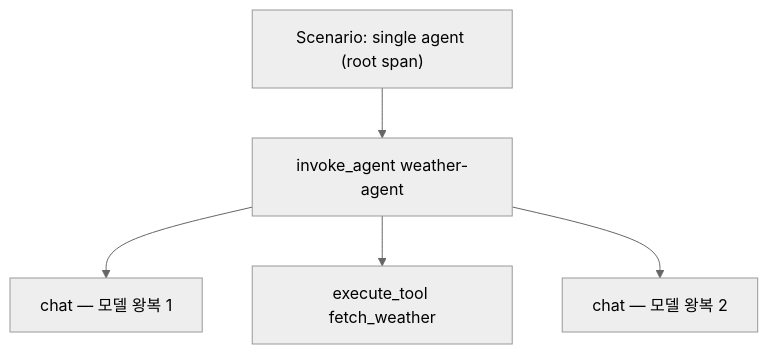
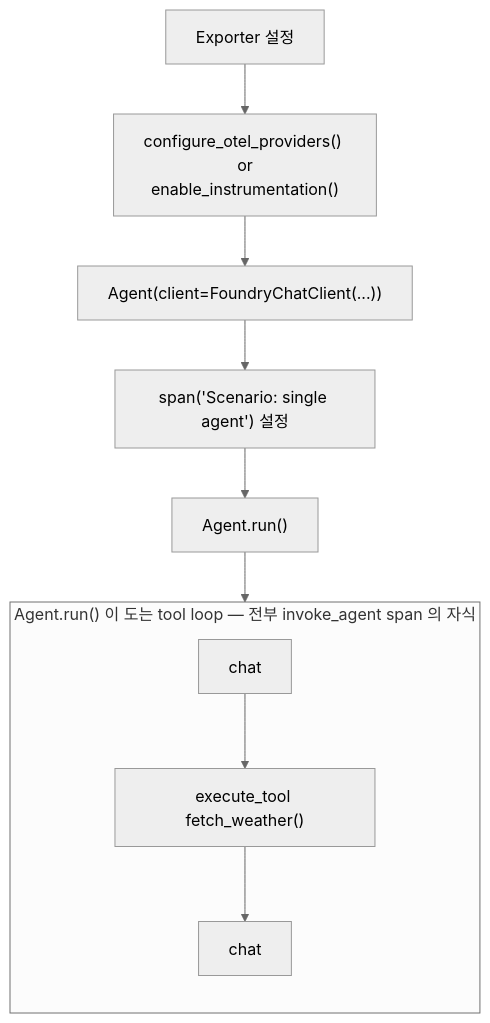
One commit to ivorycloud1013/lab-azure-hol-ai-services changed diagram 16 of 16 in python/README.md. Above: the diagram before and after it, drawn with Mermaid. The commit also changed other lines of this file and 3 other files, not shown here.

````diff
--- a/python/README.md
+++ b/python/README.md
@@ -773,8 +776,10 @@
 ```mermaid
 %%{init: {"theme": "neutral"}}%%
 flowchart TB
-    ROOT["Scenario: single agent (root span)"] --> INV["invoke_agent weather-agent"]
-    INV --> CH1["chat — 모델 왕복 1"]
-    INV --> T["execute_tool fetch_weather"]
-    INV --> CH2["chat — 모델 왕복 2"]
+    SETUP["Exporter 설정"] --> INST["configure_otel_providers() </br> or enable_instrumentation()"] --> AG["Agent(client=FoundryChatClient(...))"] --> ROOT["span('Scenario: single agent') 설정"] --> RUN["Agent.run()"]
+    subgraph LOOP["Agent.run() 이 도는 tool loop — 전부 invoke_agent span 의 자식"]
+        direction TB
+        CH1["chat"] --> T["execute_tool fetch_weather()"] --> CH2["chat"]
+    end
+    RUN --> CH1
 ```
````
